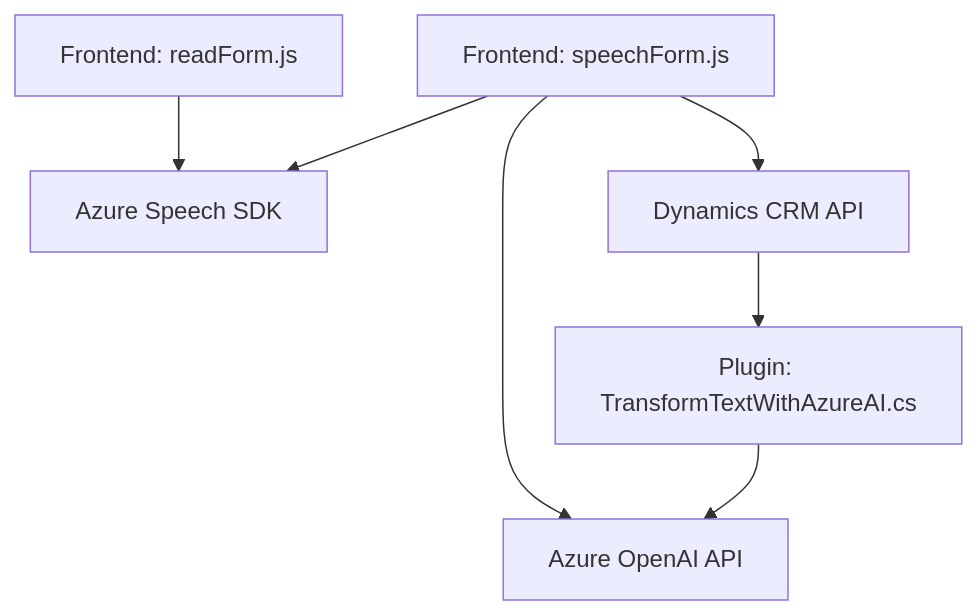
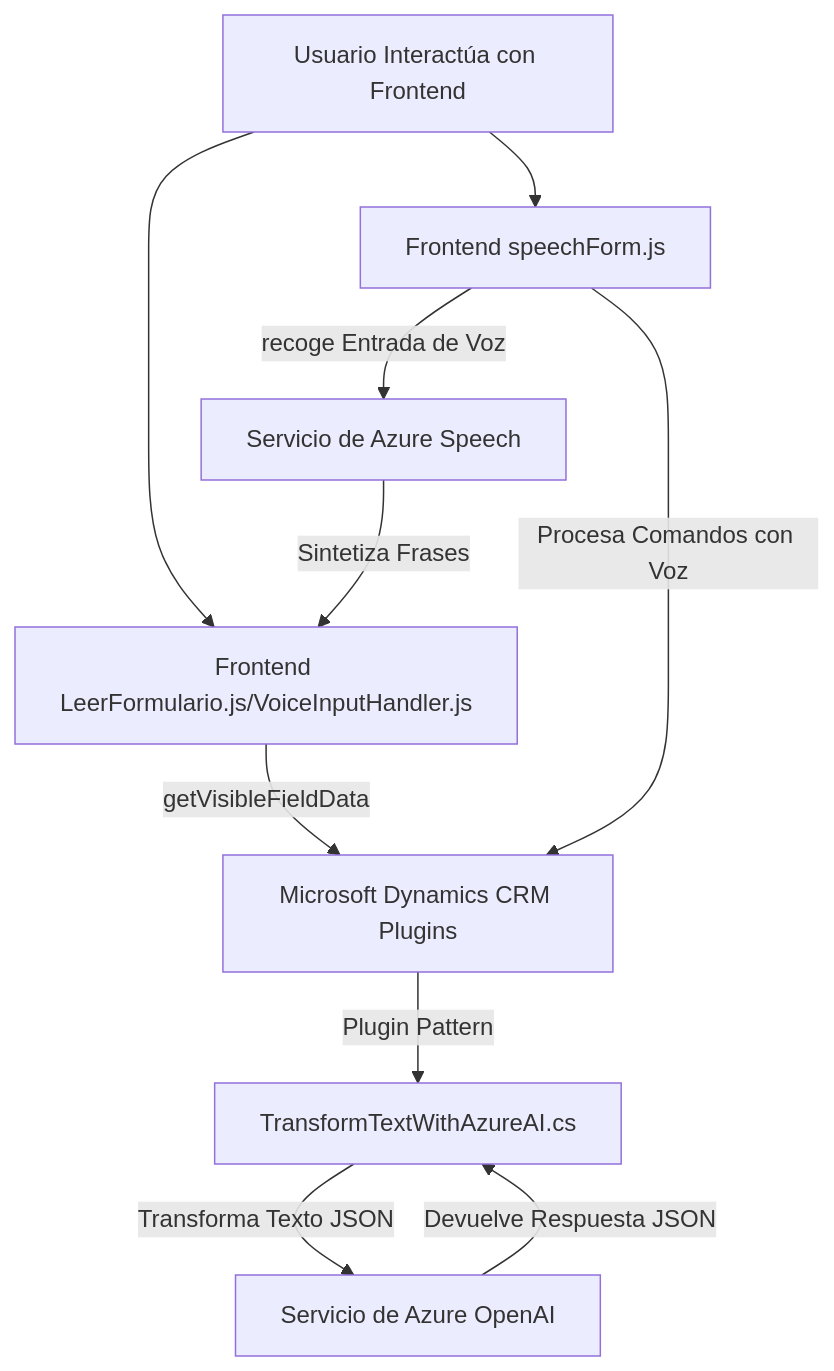
Before and after one commit to blopezdm/NETCORE_BILBAO2025: the diagram in README.md, drawn with Mermaid. The commit also changed other lines of this file, not shown here.

Commit message:
Actualizar análisis global de la solución con IA

````diff
--- a/README.md
+++ b/README.md
@@ -38,16 +39,20 @@
 ```mermaid
 graph TD
-    A["Frontend: readForm.js"]
-    B["Frontend: speechForm.js"]
-    C["Azure Speech SDK"]
-    D["Dynamics CRM API"]
-    E["Plugin: TransformTextWithAzureAI.cs"]
-    F["Azure OpenAI API"]
-    
-    A --> C
-    B --> C
-    B --> D
-    B --> F
-    D --> E
-    E --> F
+  Start["Usuario Interactúa con Frontend"]
+  VF["Frontend LeerFormulario.js/VoiceInputHandler.js"]
+  SF["Frontend speechForm.js"]
+  CRM["Microsoft Dynamics CRM Plugins"]
+  TS["TransformTextWithAzureAI.cs"]
+  AzureSpeech["Servicio de Azure Speech"]
+  AzureOpenAI["Servicio de Azure OpenAI"]
+
+  Start --> VF
+  Start --> SF
+  VF -->|getVisibleFieldData| CRM
+  SF -->|recoge Entrada de Voz| AzureSpeech
+  AzureSpeech -->|Sintetiza Frases| VF
+  SF -->|Procesa Comandos con Voz| CRM
+  CRM -->|Plugin Pattern| TS
+  TS -->|Transforma Texto JSON| AzureOpenAI
+  AzureOpenAI -->|Devuelve Respuesta JSON| TS
 ```
````
